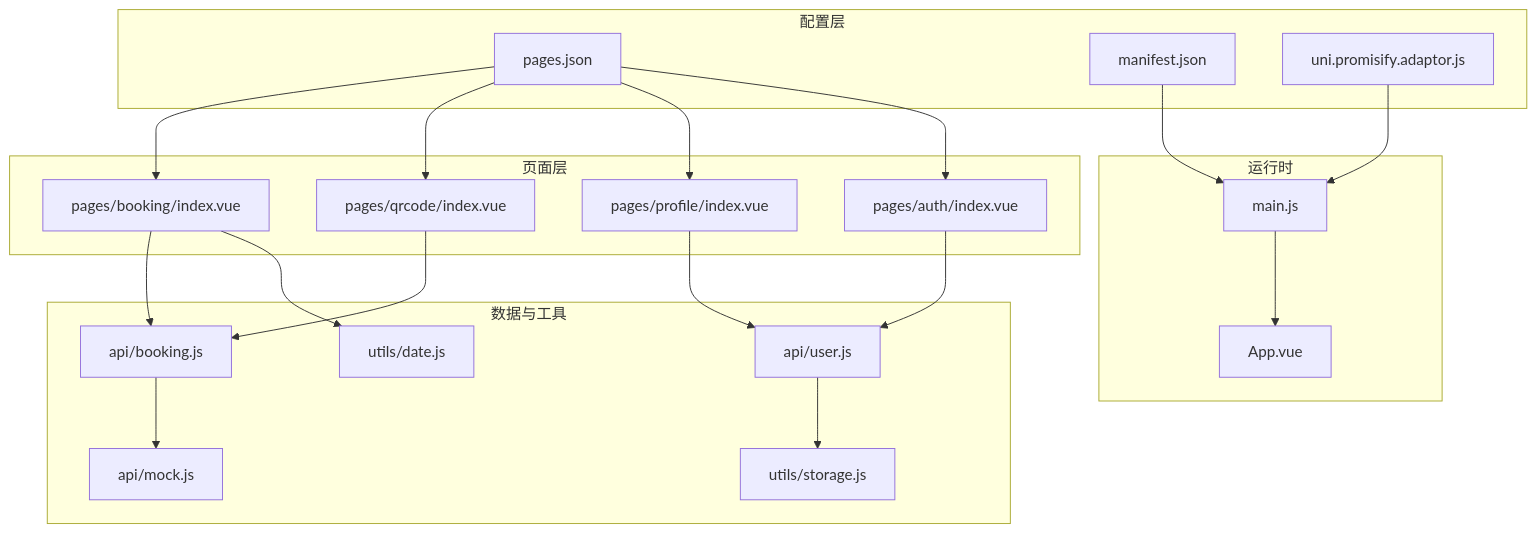
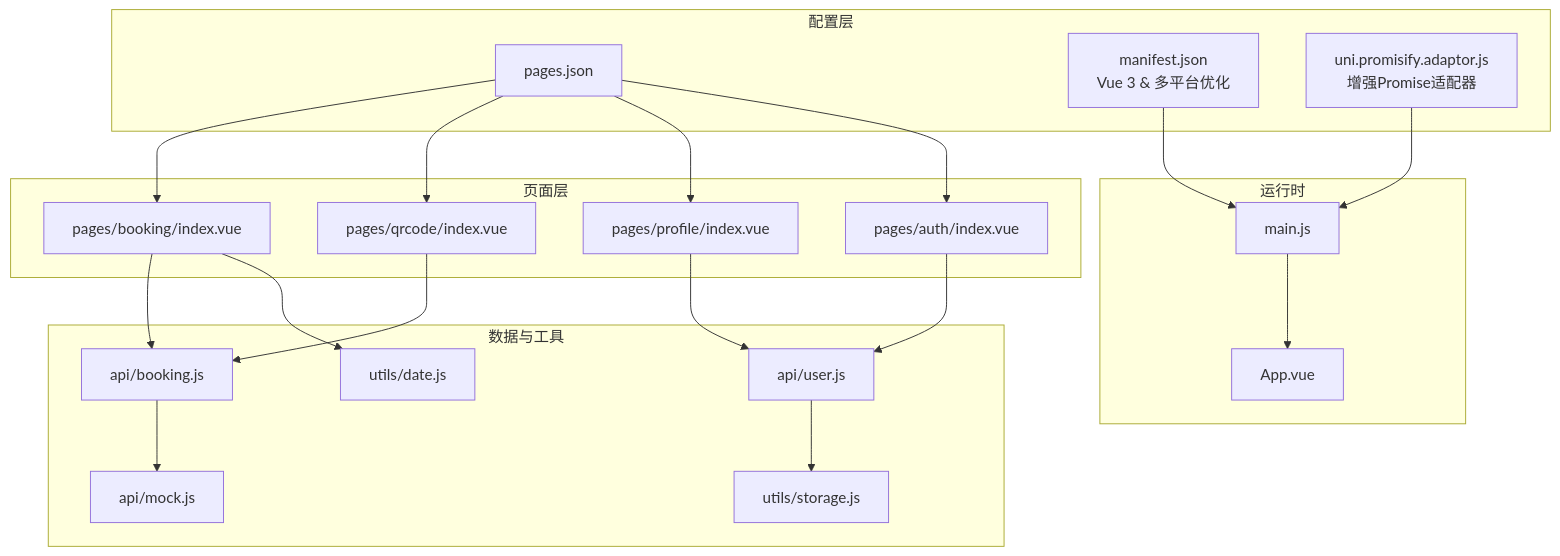
The second of 6 diagrams in .qoder/repowiki/zh/content/配置文件说明.md (ChenHaoRanORA/School-Bus-Scheduling-System), drawn with Mermaid before and after one commit. The commit also changed other lines of this file and 6 other files, not shown here.

````diff
--- a/.qoder/repowiki/zh/content/配置文件说明.md
+++ b/.qoder/repowiki/zh/content/配置文件说明.md
@@ -98,39 +107,39 @@
 ```mermaid
 graph TB
 subgraph "配置层"
 P["pages.json"]
-Mf["manifest.json"]
-U["uni.promisify.adaptor.js"]
+Mf["manifest.json<br/>Vue 3 & 多平台优化"]
+U["uni.promisify.adaptor.js<br/>增强Promise适配器"]
 end
 subgraph "运行时"
 Ma["main.js"]
 Ap["App.vue"]
 end
 subgraph "页面层"
 Bk["pages/booking/index.vue"]
 Qr["pages/qrcode/index.vue"]
 Pr["pages/profile/index.vue"]
 Au["pages/auth/index.vue"]
 end
 subgraph "数据与工具"
 ApiB["api/booking.js"]
 ApiU["api/user.js"]
 Mock["api/mock.js"]
 Stor["utils/storage.js"]
 DateU["utils/date.js"]
 end
 P --> Bk
 P --> Qr
 P --> Pr
 P --> Au
 Mf --> Ma
 U --> Ma
 Ma --> Ap
 Bk --> ApiB
 Qr --> ApiB
 Pr --> ApiU
 Au --> ApiU
 ApiB --> Mock
 ApiU --> Stor
 Bk --> DateU
 ```
````
